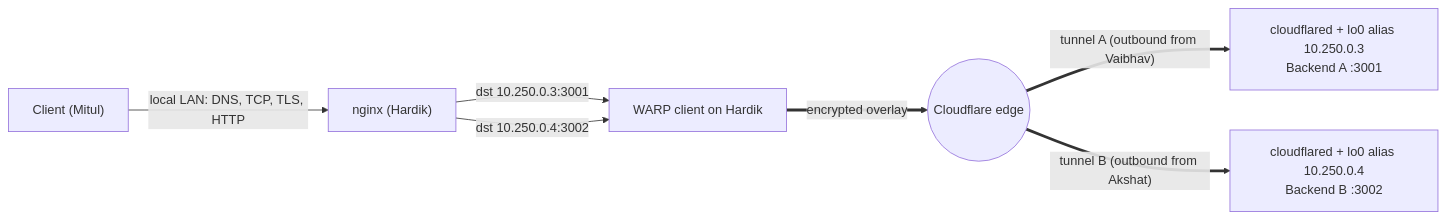
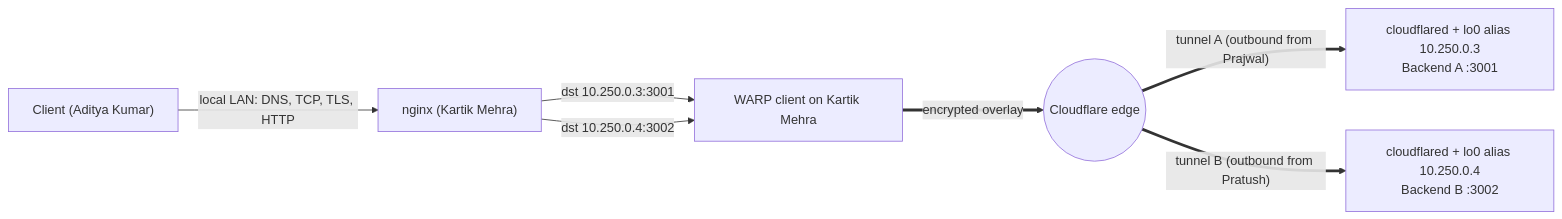
One commit to KartikMehra22/CN-Project changed the fourth of 7 diagrams in docs/diagrams.md. Above: the diagram before and after it, drawn with Mermaid. The commit also changed other lines of this file and 64 other files, not shown here.

````diff
--- a/docs/diagrams.md
+++ b/docs/diagrams.md
@@ -39,9 +39,9 @@
 ```mermaid
 flowchart LR
-  C["Client (Mitul)"] -->|"local LAN: DNS, TCP, TLS, HTTP"| E["nginx (Hardik)"]
-  E -->|"dst 10.250.0.3:3001"| W["WARP client on Hardik"]
+  C["Client (Aditya Kumar)"] -->|"local LAN: DNS, TCP, TLS, HTTP"| E["nginx (Kartik Mehra)"]
+  E -->|"dst 10.250.0.3:3001"| W["WARP client on Kartik Mehra"]
   E -->|"dst 10.250.0.4:3002"| W
   W ==>|"encrypted overlay"| CF(("Cloudflare edge"))
-  CF ==>|"tunnel A (outbound from Vaibhav)"| HA["cloudflared + lo0 alias 10.250.0.3<br/>Backend A :3001"]
-  CF ==>|"tunnel B (outbound from Akshat)"| HB["cloudflared + lo0 alias 10.250.0.4<br/>Backend B :3002"]
+  CF ==>|"tunnel A (outbound from Prajwal)"| HA["cloudflared + lo0 alias 10.250.0.3<br/>Backend A :3001"]
+  CF ==>|"tunnel B (outbound from Pratush)"| HB["cloudflared + lo0 alias 10.250.0.4<br/>Backend B :3002"]
 ```
````
